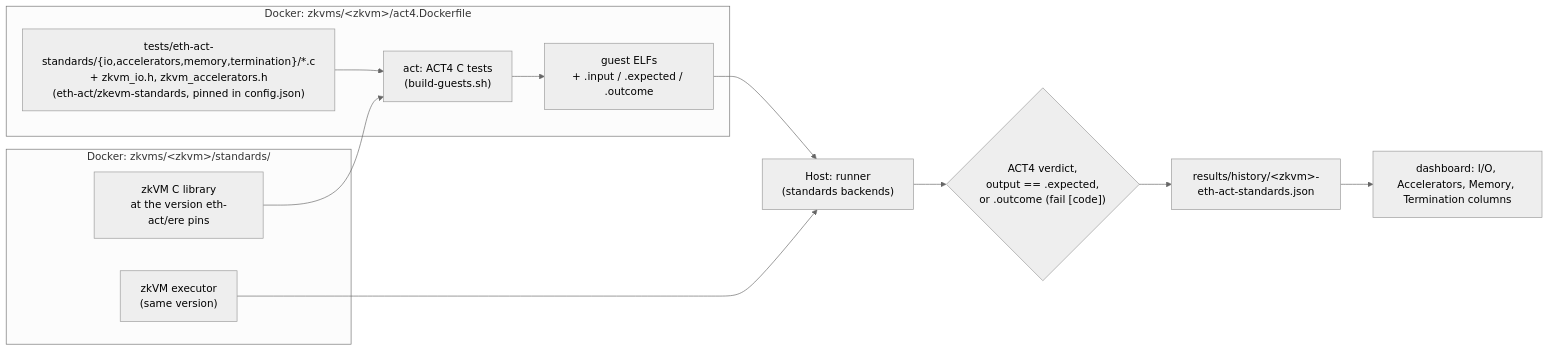
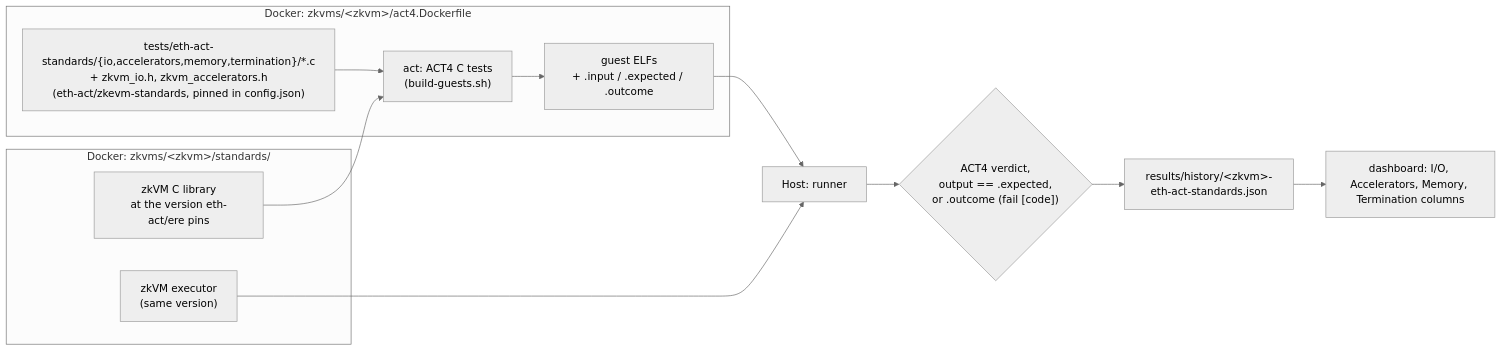
One commit to eth-act/zkevm-test-monitor changed the second of 2 diagrams in README.md. Above: the diagram before and after it, drawn with Mermaid (neutral theme). The commit also changed other lines of this file and 8 other files, not shown here.

````diff
--- a/README.md
+++ b/README.md
@@ -46,17 +46,17 @@
 ```mermaid
 flowchart LR
     subgraph image["Docker: zkvms/&lt;zkvm&gt;/standards/"]
         vendor["zkVM C library<br/>at the version eth-act/ere pins"]
         exe["zkVM executor<br/>(same version)"]
     end
     subgraph act["Docker: zkvms/&lt;zkvm&gt;/act4.Dockerfile"]
         src["tests/eth-act-standards/{io,accelerators,memory,termination}/*.c<br/>+ zkvm_io.h, zkvm_accelerators.h<br/>(eth-act/zkevm-standards, pinned in config.json)"] --> build["act: ACT4 C tests<br/>(build-guests.sh)"]
         build --> elfs["guest ELFs<br/>+ .input / .expected / .outcome"]
     end
     vendor --> build
-    elfs --> runner["Host: runner<br/>(standards backends)"]
+    elfs --> runner["Host: runner"]
     exe --> runner
     runner --> verdict{"ACT4 verdict,<br/>output == .expected,<br/>or .outcome (fail [code])"}
     verdict --> hist["results/history/&lt;zkvm&gt;-eth-act-standards.json"]
     hist --> dash["dashboard: I/O, Accelerators, Memory, Termination columns"]
 ```
````
